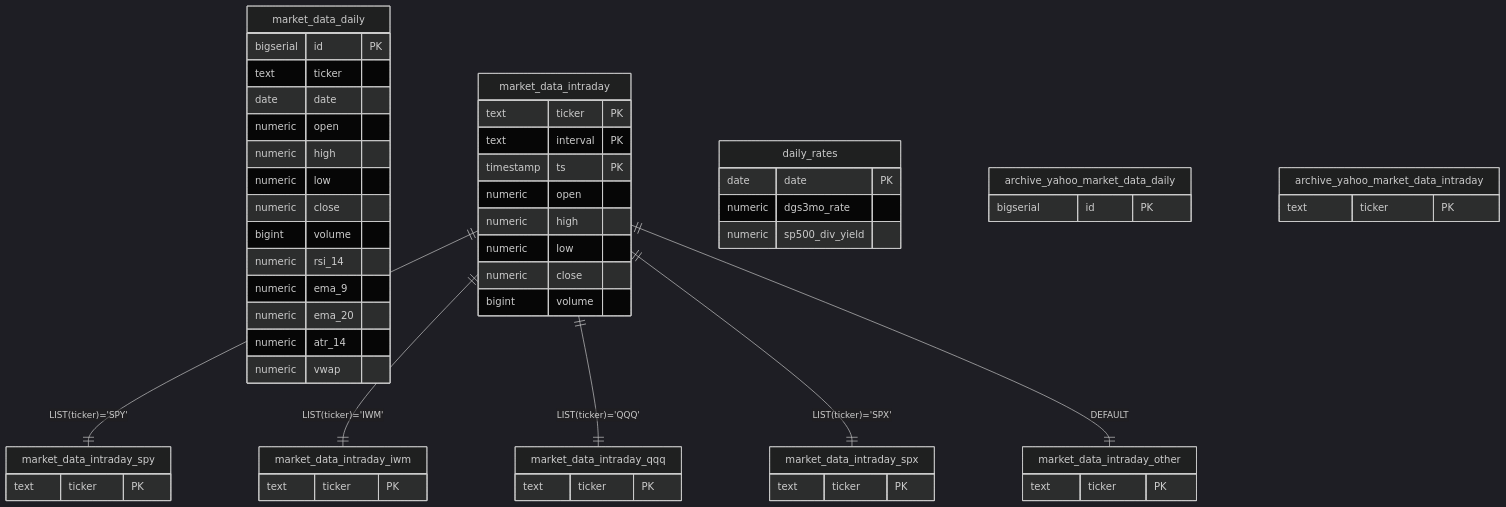
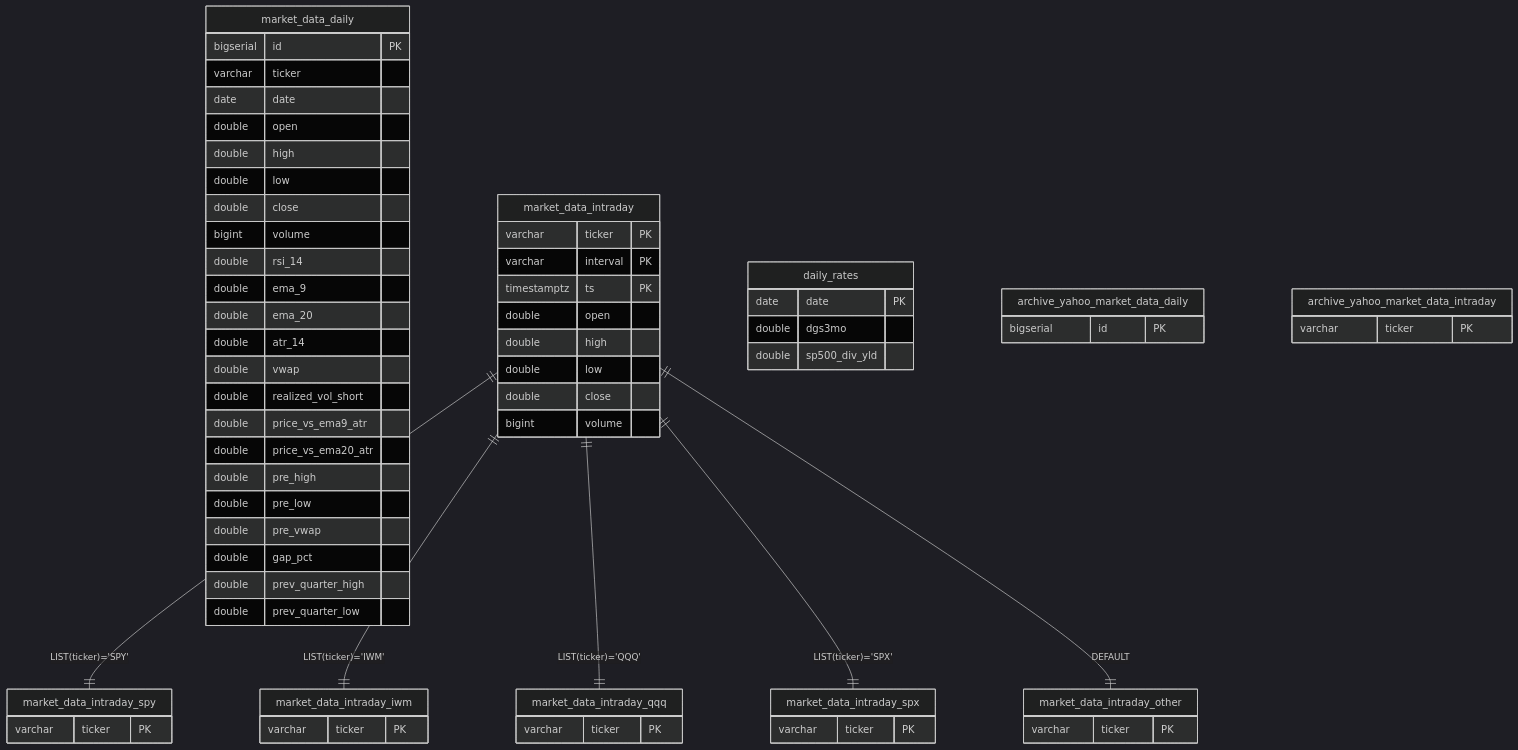
One commit to TeneikaAskew/stocks changed the first of 10 diagrams in ERD.md. Above: the diagram before and after it, drawn with Mermaid (dark theme). The commit also changed other lines of this file and 7 other files, not shown here.

First line of the commit message:
docs: refresh architecture & system docs to 2026-06-23 state

````diff
--- a/ERD.md
+++ b/ERD.md
@@ -41,59 +43,54 @@
 ```mermaid
 erDiagram
     market_data_daily {
         bigserial id PK
-        text ticker
+        varchar ticker
         date date
-        numeric open
-        numeric high
-        numeric low
-        numeric close
+        double open
+        double high
+        double low
+        double close
         bigint volume
-        numeric rsi_14
-        numeric ema_9
-        numeric ema_20
-        numeric atr_14
-        numeric vwap
+        double rsi_14
+        double ema_9
+        double ema_20
+        double atr_14
+        double vwap
+        double realized_vol_short
+        double price_vs_ema9_atr
+        double price_vs_ema20_atr
+        double pre_high
+        double pre_low
+        double pre_vwap
+        double gap_pct
+        double prev_quarter_high
+        double prev_quarter_low
     }
     market_data_intraday {
-        text ticker PK
-        text interval PK
-        timestamp ts PK
-        numeric open
-        numeric high
-        numeric low
-        numeric close
+        varchar ticker PK
+        varchar interval PK
+        timestamptz ts PK
+        double open
+        double high
+        double low
+        double close
         bigint volume
     }
-    market_data_intraday_spy {
-        text ticker PK
-    }
-    market_data_intraday_iwm {
-        text ticker PK
-    }
-    market_data_intraday_qqq {
-        text ticker PK
-    }
-    market_data_intraday_spx {
-        text ticker PK
-    }
-    market_data_intraday_other {
-        text ticker PK
-    }
+    market_data_intraday_spy { varchar ticker PK }
+    market_data_intraday_iwm { varchar ticker PK }
+    market_data_intraday_qqq { varchar ticker PK }
+    market_data_intraday_spx { varchar ticker PK }
+    market_data_intraday_other { varchar ticker PK }
     daily_rates {
         date date PK
-        numeric dgs3mo_rate
-        numeric sp500_div_yield
+        double dgs3mo
+        double sp500_div_yld
     }
-    archive_yahoo_market_data_daily {
-        bigserial id PK
-    }
-    archive_yahoo_market_data_intraday {
-        text ticker PK
-    }
+    archive_yahoo_market_data_daily { bigserial id PK }
+    archive_yahoo_market_data_intraday { varchar ticker PK }
     market_data_intraday ||--|| market_data_intraday_spy : "LIST(ticker)='SPY'"
     market_data_intraday ||--|| market_data_intraday_iwm : "LIST(ticker)='IWM'"
     market_data_intraday ||--|| market_data_intraday_qqq : "LIST(ticker)='QQQ'"
     market_data_intraday ||--|| market_data_intraday_spx : "LIST(ticker)='SPX'"
     market_data_intraday ||--|| market_data_intraday_other : "DEFAULT"
 ```
````
